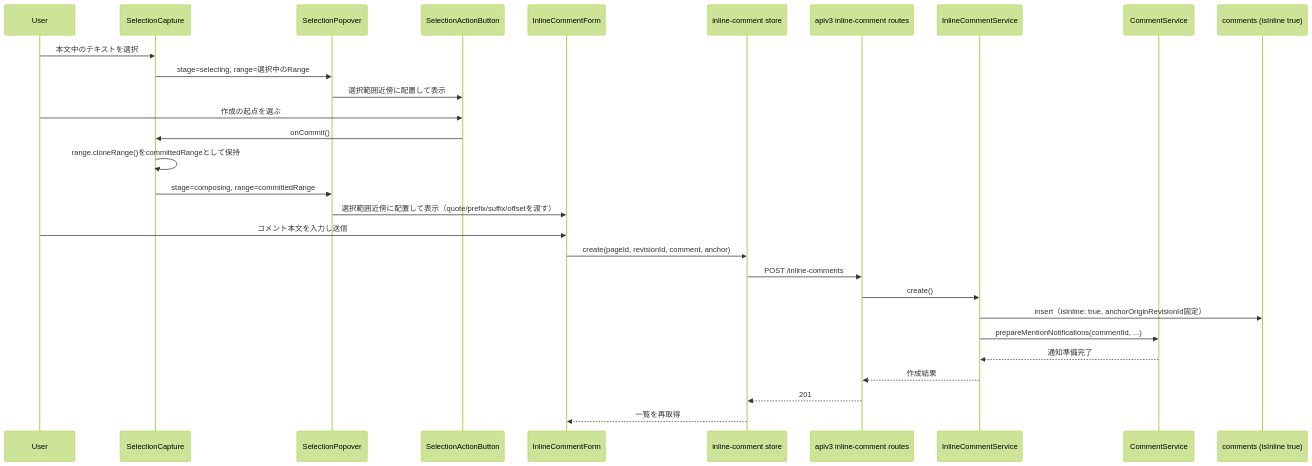
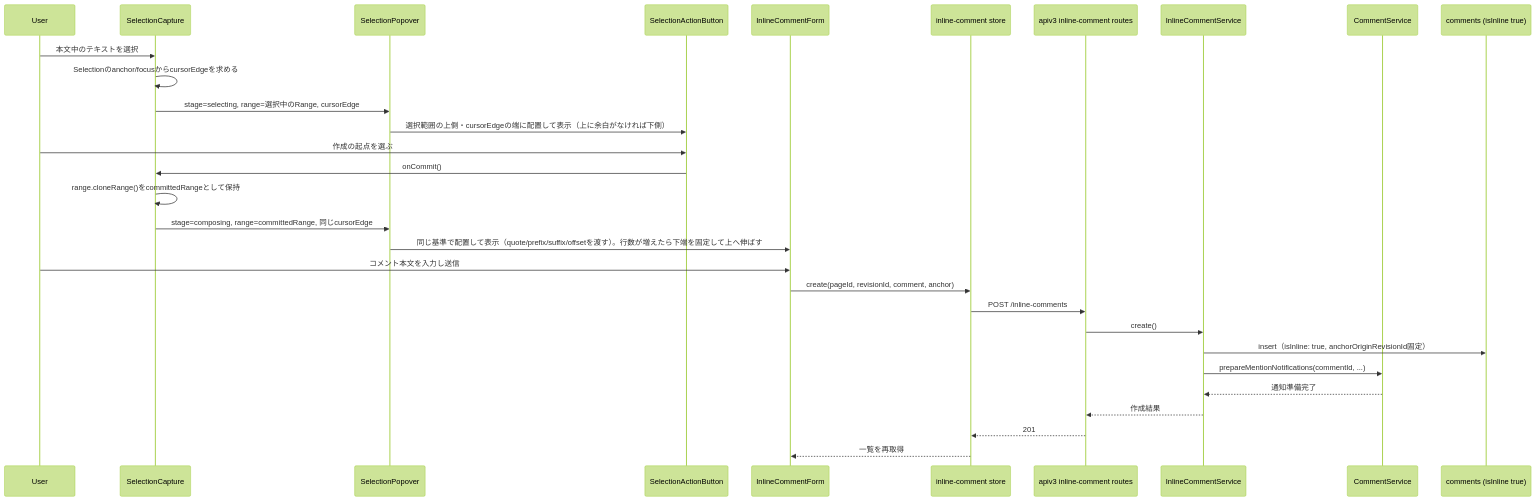
The second of 6 diagrams in .kiro/specs/inline-comment/design.md (growilabs/growi), drawn with Mermaid (forest theme) before and after one commit. The commit also changed other lines of this file and 7 other files, not shown here.

First line of the commit message:
docs(inline-comment-ui-refinement): port the amend spec into inline-comment

````diff
--- a/.kiro/specs/inline-comment/design.md
+++ b/.kiro/specs/inline-comment/design.md
@@ -231,32 +274,33 @@
 ```mermaid
 sequenceDiagram
     participant User
     participant SelectionCapture
     participant SelectionPopover
     participant SelectionActionButton
     participant InlineCommentForm
     participant Store as inline-comment store
     participant Route as apiv3 inline-comment routes
     participant Service as InlineCommentService
     participant CommentSvc as CommentService
     participant DB as comments (isInline true)
 
     User->>SelectionCapture: 本文中のテキストを選択
-    SelectionCapture->>SelectionPopover: stage=selecting, range=選択中のRange
-    SelectionPopover->>SelectionActionButton: 選択範囲近傍に配置して表示
+    SelectionCapture->>SelectionCapture: Selectionのanchor/focusからcursorEdgeを求める
+    SelectionCapture->>SelectionPopover: stage=selecting, range=選択中のRange, cursorEdge
+    SelectionPopover->>SelectionActionButton: 選択範囲の上側・cursorEdgeの端に配置して表示（上に余白がなければ下側）
     User->>SelectionActionButton: 作成の起点を選ぶ
     SelectionActionButton->>SelectionCapture: onCommit()
     SelectionCapture->>SelectionCapture: range.cloneRange()をcommittedRangeとして保持
-    SelectionCapture->>SelectionPopover: stage=composing, range=committedRange
-    SelectionPopover->>InlineCommentForm: 選択範囲近傍に配置して表示（quote/prefix/suffix/offsetを渡す）
+    SelectionCapture->>SelectionPopover: stage=composing, range=committedRange, 同じcursorEdge
+    SelectionPopover->>InlineCommentForm: 同じ基準で配置して表示（quote/prefix/suffix/offsetを渡す）。行数が増えたら下端を固定して上へ伸ばす
     User->>InlineCommentForm: コメント本文を入力し送信
     InlineCommentForm->>Store: create(pageId, revisionId, comment, anchor)
     Store->>Route: POST /inline-comments
     Route->>Service: create()
     Service->>DB: insert（isInline: true, anchorOriginRevisionId固定）
     Service->>CommentSvc: prepareMentionNotifications(commentId, ...)
     CommentSvc-->>Service: 通知準備完了
     Service-->>Route: 作成結果
     Route-->>Store: 201
     Store-->>InlineCommentForm: 一覧を再取得
 ```
````
